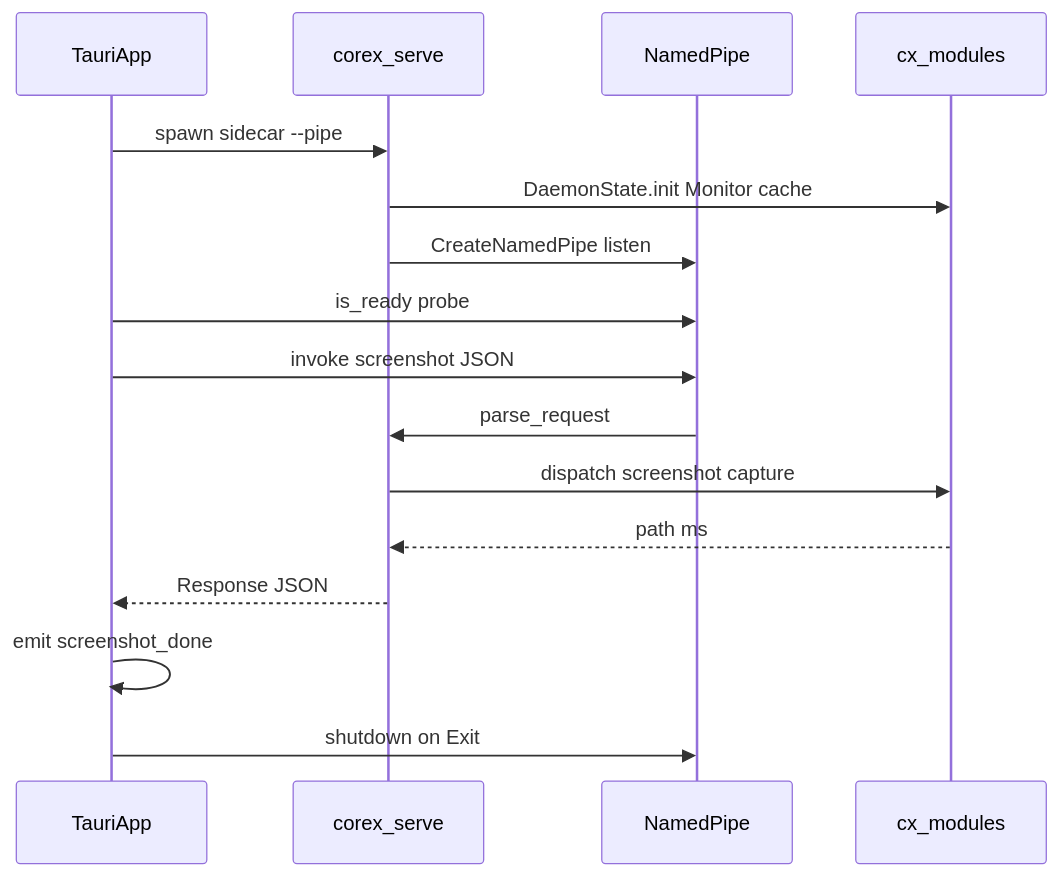
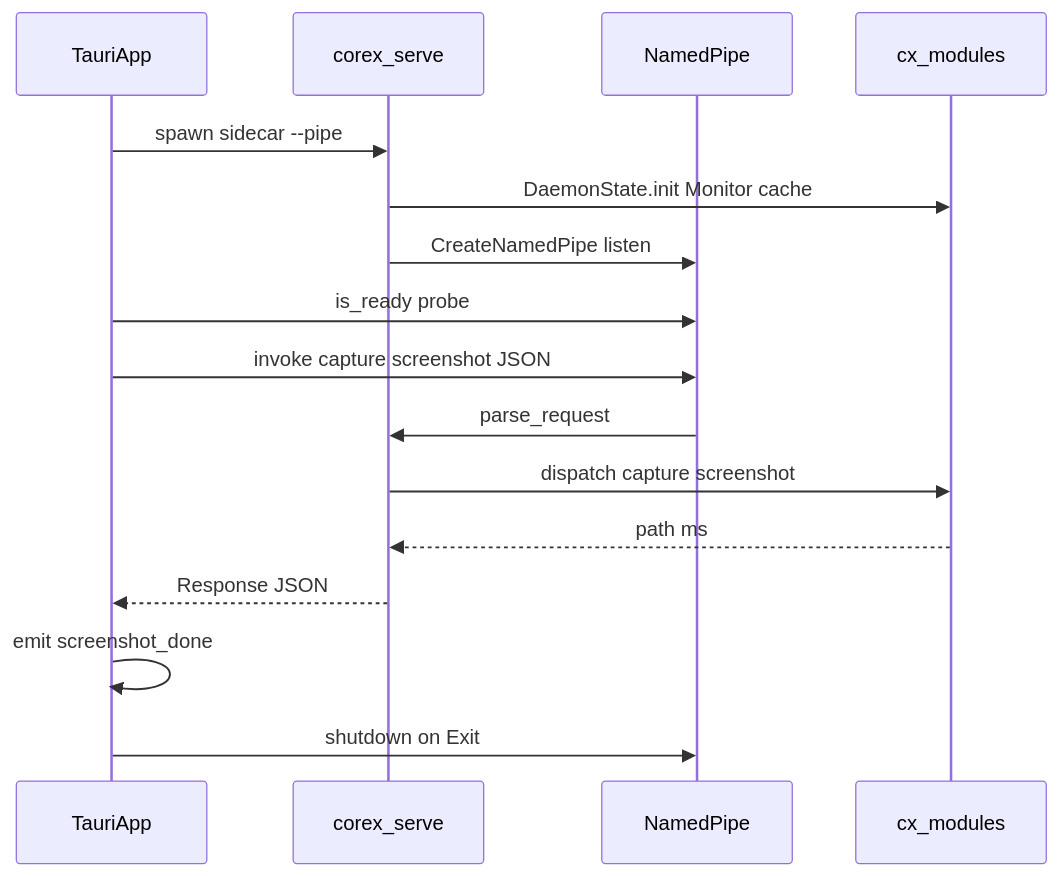
The diagram in docs/tauri-integration.md (layenbrank/corex), drawn with Mermaid before and after one commit. The commit also changed other lines of this file and 33 other files, not shown here.

First line of the commit message:
feat(capture): 重构截图模块为通用捕获模块

````diff
--- a/docs/tauri-integration.md
+++ b/docs/tauri-integration.md
@@ -17,19 +17,19 @@
 ```mermaid
 sequenceDiagram
     participant Tauri as TauriApp
     participant Sidecar as corex_serve
     participant Pipe as NamedPipe
     participant Core as cx_modules
 
     Tauri->>Sidecar: spawn sidecar --pipe
     Sidecar->>Core: DaemonState.init Monitor cache
     Sidecar->>Pipe: CreateNamedPipe listen
     Tauri->>Pipe: is_ready probe
-    Tauri->>Pipe: invoke screenshot JSON
+    Tauri->>Pipe: invoke capture screenshot JSON
     Pipe->>Sidecar: parse_request
-    Sidecar->>Core: dispatch screenshot capture
+    Sidecar->>Core: dispatch capture screenshot
     Core-->>Sidecar: path ms
     Sidecar-->>Tauri: Response JSON
     Tauri->>Tauri: emit screenshot_done
     Tauri->>Pipe: shutdown on Exit
 ```
````
